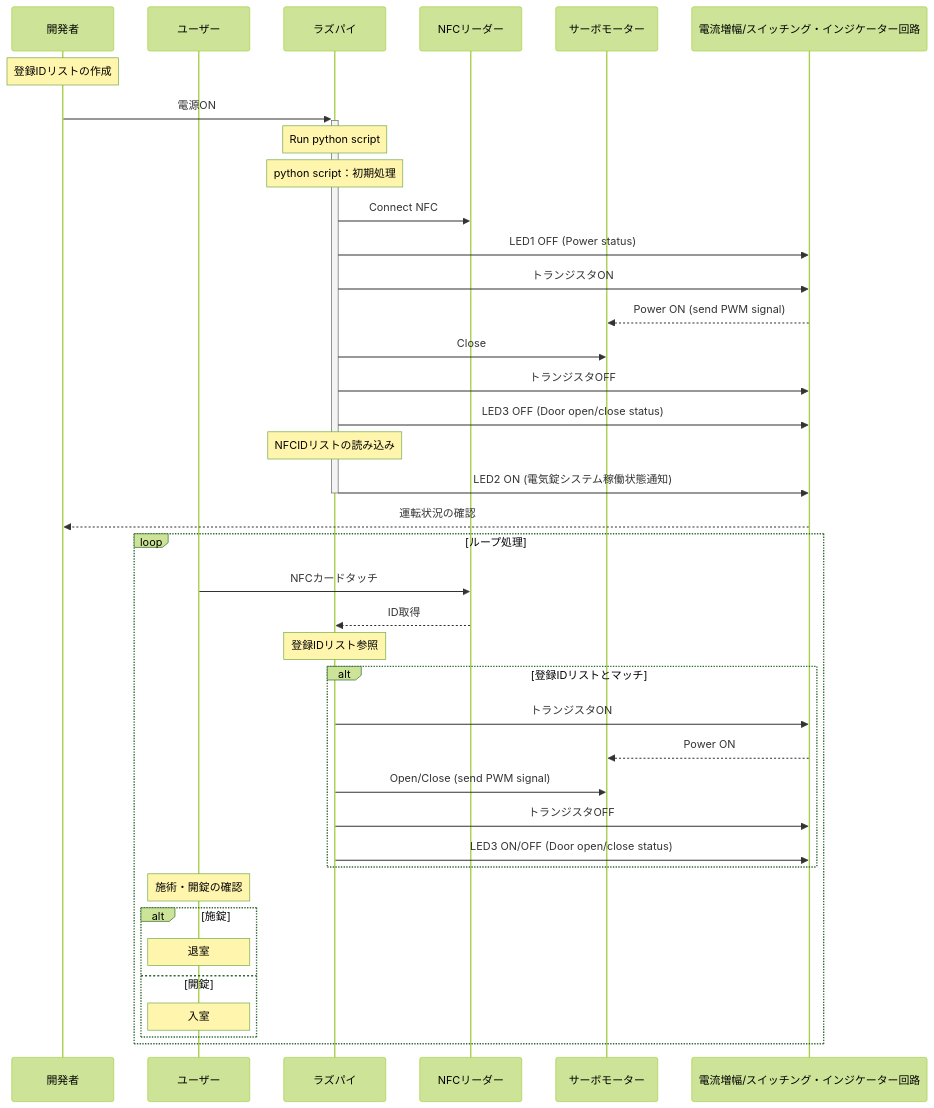
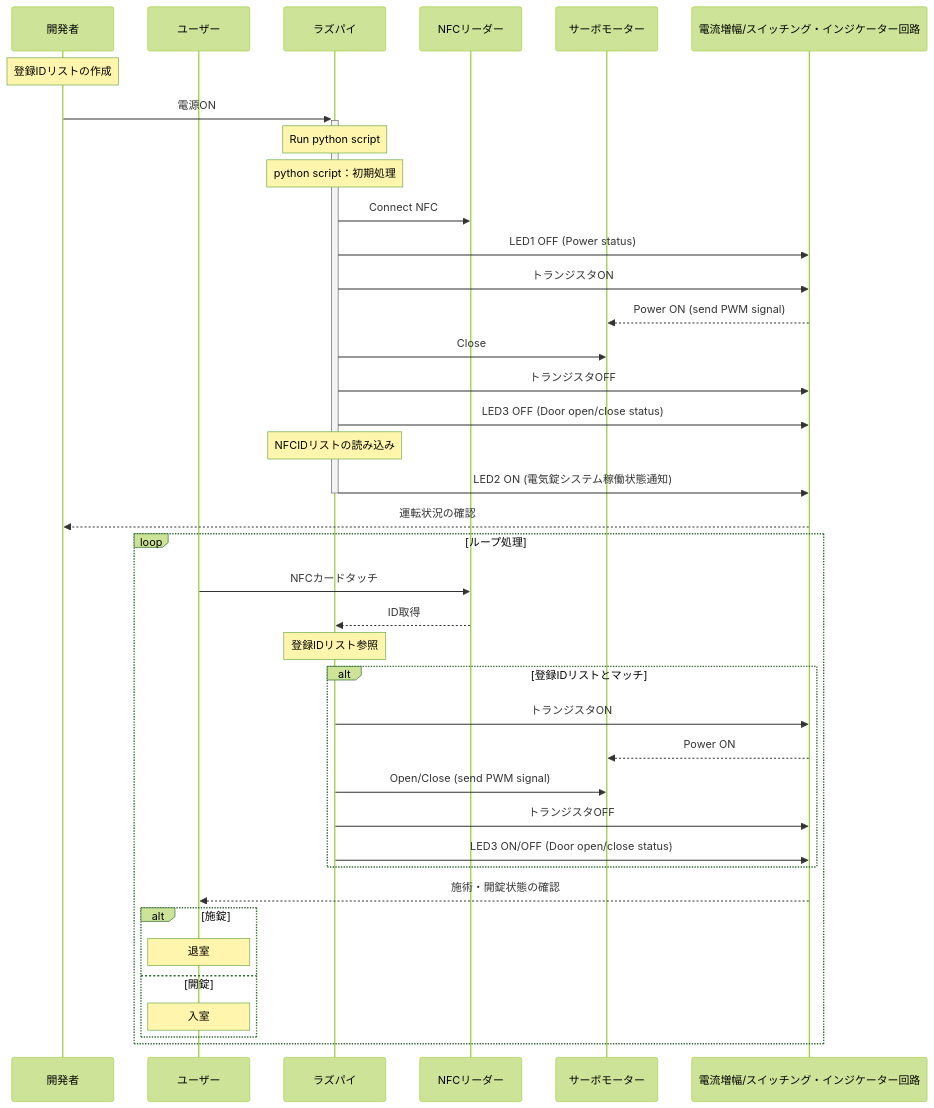
Before and after one commit to YUKI-SOKENDAI/SmartLock: the second of 2 diagrams in memo/SystemMEMO.md, drawn with Mermaid (forest theme).

````diff
--- a/memo/SystemMEMO.md
+++ b/memo/SystemMEMO.md
@@ -63,49 +63,49 @@
 ```mermaid
 sequenceDiagram
     participant user as 開発者
     participant user1 as ユーザー
     participant raspi as ラズパイ
     participant nfc as NFCリーダー
     participant servo as サーボモーター
     participant circuit as 電流増幅/スイッチング・インジケーター回路
     
     # hoge
     Note over user: 登録IDリストの作成
     user->>+raspi: 電源ON
     Note over raspi : Run python script
     Note over raspi : python script：初期処理
     
     raspi->>nfc: Connect NFC
     raspi->>circuit: LED1 OFF (Power status)
     raspi->>circuit: トランジスタON
     circuit-->>servo: Power ON (send PWM signal)
     raspi->>servo: Close
     raspi->>circuit: トランジスタOFF
     raspi->>circuit: LED3 OFF (Door open/close status)
     Note over raspi : NFCIDリストの読み込み
     raspi->>-circuit: LED2 ON (電気錠システム稼働状態通知)
     circuit-->>user: 運転状況の確認
     
     loop ループ処理
         user1->>nfc: NFCカードタッチ
         nfc-->>raspi:ID取得
         Note over raspi: 登録IDリスト参照
         alt 登録IDリストとマッチ
             raspi->>circuit: トランジスタON
             circuit-->>servo: Power ON
             raspi->>servo: Open/Close (send PWM signal)
             raspi->>circuit: トランジスタOFF
             raspi->>circuit: LED3 ON/OFF (Door open/close status) 
         end
     
-        Note over user1 : 施術・開錠の確認
+        circuit-->>user1 : 施術・開錠状態の確認
         alt 施錠
             Note over user1 :退室
         else 開錠
             Note over user1 :入室
         end
     end
     
     #raspi-->>user: こんにちは！！
 
 ```
````
